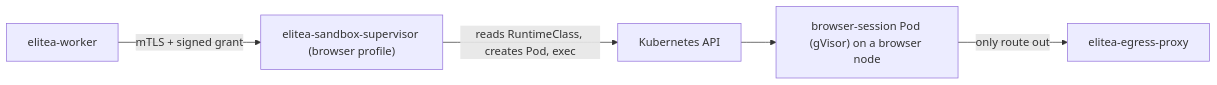
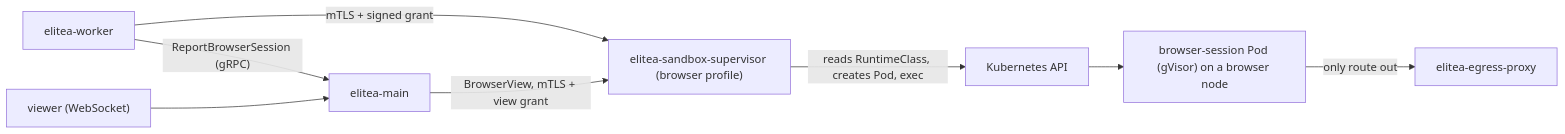
The diagram in apps/elitea-docs/src/content/docs/deployment/cloud-browser-kubernetes.mdx (elitea-ng/elitea-platform), drawn with Mermaid before and after one commit. The commit also changed other lines of this file and 2 other files, not shown here.

First line of the commit message:
docs: the cloud browser live view and its upgrade note (#1597)

````diff
--- a/apps/elitea-docs/src/content/docs/deployment/cloud-browser-kubernetes.mdx
+++ b/apps/elitea-docs/src/content/docs/deployment/cloud-browser-kubernetes.mdx
@@ -17,7 +17,10 @@
 ```mermaid
 flowchart LR
     Worker["elitea-worker"] -->|"mTLS + signed grant"| Sup["elitea-sandbox-supervisor (browser profile)"]
+    Worker -->|"ReportBrowserSession (gRPC)"| Main["elitea-main"]
+    Viewer["viewer (WebSocket)"] --> Main
+    Main -->|"BrowserView, mTLS + view grant"| Sup
     Sup -->|"reads RuntimeClass, creates Pod, exec"| API["Kubernetes API"]
     API --> Pod["browser-session Pod (gVisor) on a browser node"]
     Pod -->|"only route out"| Proxy["elitea-egress-proxy"]
 ```
````
